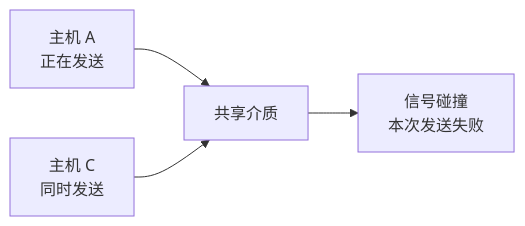
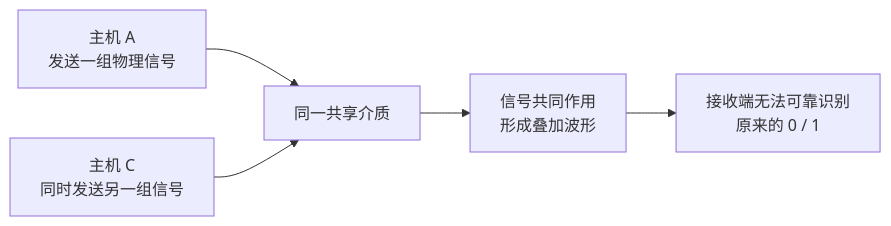
One commit to 74262195/system-architect-notes changed the second of 2 diagrams in 01_综合知识/01_计算机系统基础知识/03_计算机网络/04_局域网与二层技术/以太网技术.md. Above: the diagram before and after it, drawn with Mermaid. The commit also changed other lines of this file, not shown here.

````diff
--- a/01_综合知识/01_计算机系统基础知识/03_计算机网络/04_局域网与二层技术/以太网技术.md
+++ b/01_综合知识/01_计算机系统基础知识/03_计算机网络/04_局域网与二层技术/以太网技术.md
@@ -110,6 +128,7 @@
 ```mermaid
 flowchart LR
-    A[主机 A<br/>正在发送] --> M[共享介质]
-    C[主机 C<br/>同时发送] --> M
-    M --> X[信号碰撞<br/>本次发送失败]
+    A[主机 A<br/>发送一组物理信号] --> M[同一共享介质]
+    C[主机 C<br/>同时发送另一组信号] --> M
+    M --> S[信号共同作用<br/>形成叠加波形]
+    S --> X[接收端无法可靠识别<br/>原来的 0 / 1]
 ```
````
